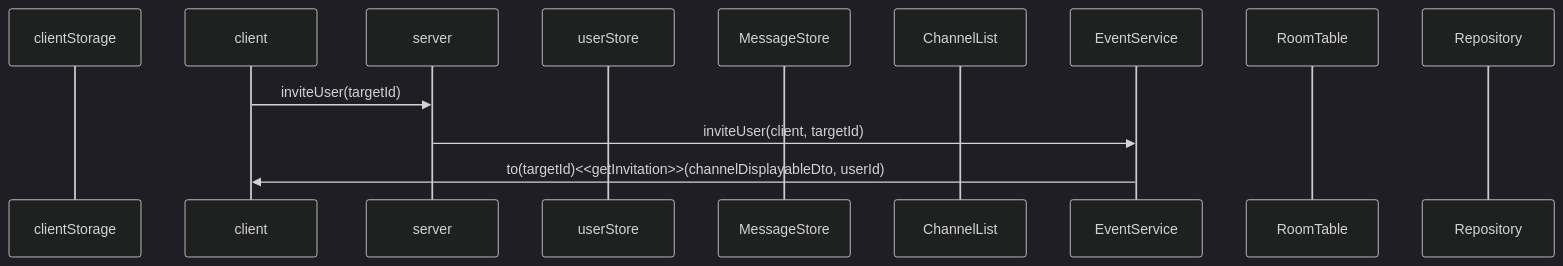
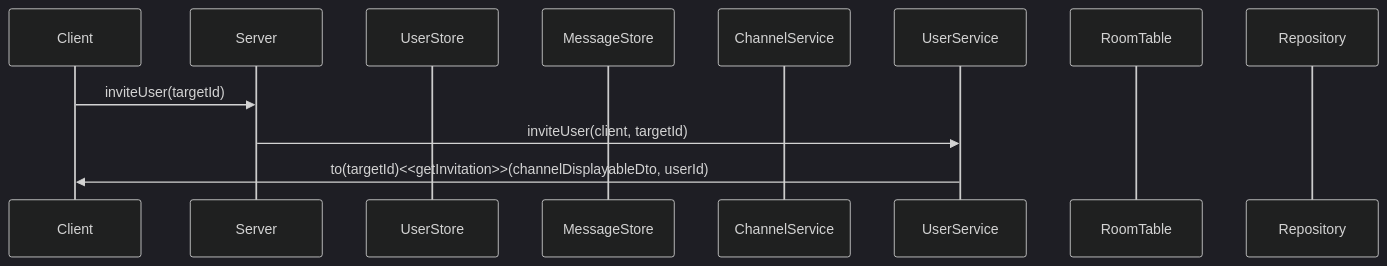
Diagram 12 of 20 in backend/node/app/event.md (mtak0235/simmons_transcendence), drawn with Mermaid (dark theme) before and after one commit. The commit also changed other lines of this file, not shown here.

Commit message:
refactor: 백엔드 소켓 시퀀스 다이어그램 순서 정리 & 요청 응답 값 구체화

````diff
--- a/backend/node/app/event.md
+++ b/backend/node/app/event.md
@@ -379,16 +494,15 @@
 ```mermaid
 sequenceDiagram
-participant cls as clientStorage
-participant c as client
-participant ga as server
-participant ss as userStore
+participant c as Client
+participant ga as Server
+participant ss as UserStore
 participant ms as MessageStore
-participant cns as ChannelList
-participant cs as EventService
+participant cns as ChannelService
+participant us as UserService
 participant rt as RoomTable
 participant r as Repository
 
 c->>ga: inviteUser(targetId)
-ga->>cs: inviteUser(client, targetId)
-cs->>c: to(targetId)<<getInvitation>>(channelDisplayableDto, userId)
+ga->>us: inviteUser(client, targetId)
+us->>c: to(targetId)<<getInvitation>>(channelDisplayableDto, userId)
 ```
````
